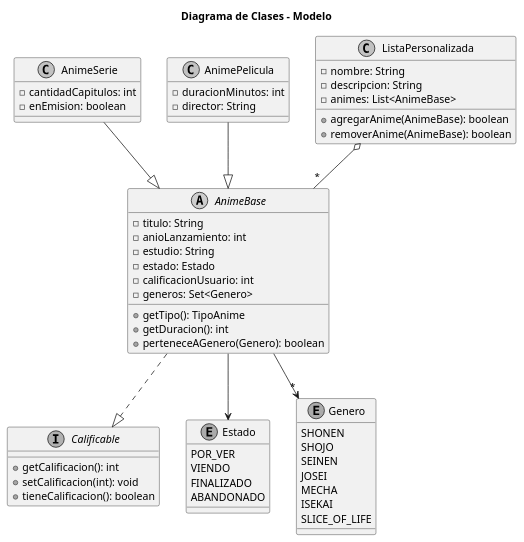
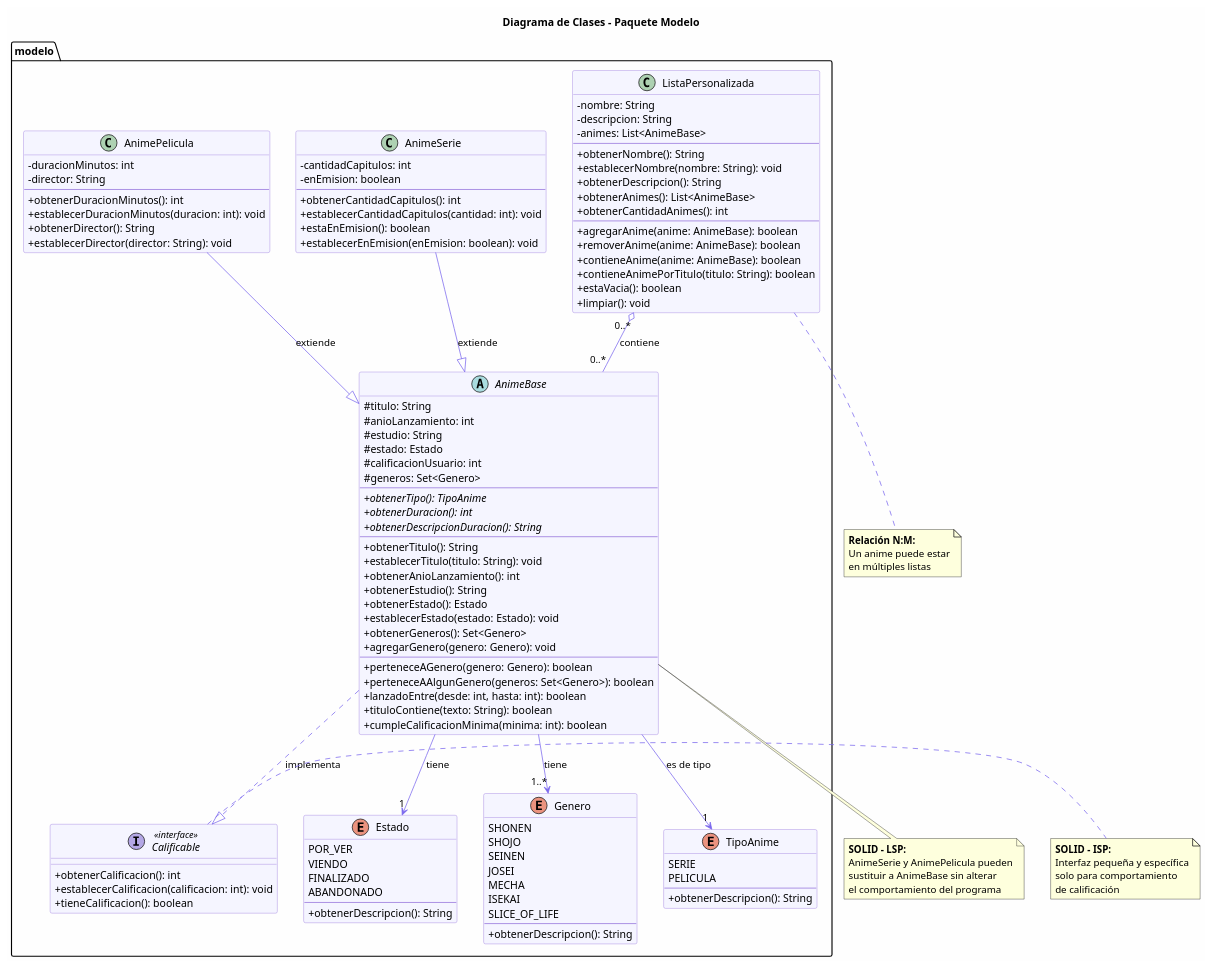
Before and after one commit to tobiascriscuolo/clasificadorAnime: the diagram in docs/uml/03_clases_modelo.puml, drawn with PlantUML. The commit also changed 96 other files, not shown here.

First line of the commit message:
Refactoring completo a espaÃ±ol + iconos + selecciÃ³n mÃºltiple + diagramas UML

```diff
--- a/docs/uml/03_clases_modelo.puml
+++ b/docs/uml/03_clases_modelo.puml
@@ -1,64 +1,146 @@
 @startuml
-title Diagrama de Clases - Modelo
-skinparam monochrome true
-
-interface Calificable {
-  +getCalificacion(): int
-  +setCalificacion(int): void
-  +tieneCalificacion(): boolean
+title Diagrama de Clases - Paquete Modelo
+skinparam classAttributeIconSize 0
+skinparam backgroundColor #FEFEFE
+skinparam class {
+    BackgroundColor #F5F5FF
+    BorderColor #9370DB
+    ArrowColor #7B68EE
 }
 
-abstract class AnimeBase {
-  -titulo: String
-  -anioLanzamiento: int
-  -estudio: String
-  -estado: Estado
-  -calificacionUsuario: int
-  -generos: Set<Genero>
-  +getTipo(): TipoAnime
-  +getDuracion(): int
-  +perteneceAGenero(Genero): boolean
+package "modelo" {
+    
+    interface Calificable <<interface>> {
+        +obtenerCalificacion(): int
+        +establecerCalificacion(calificacion: int): void
+        +tieneCalificacion(): boolean
+    }
+    
+    enum Estado {
+        POR_VER
+        VIENDO
+        FINALIZADO
+        ABANDONADO
+        --
+        +obtenerDescripcion(): String
+    }
+    
+    enum Genero {
+        SHONEN
+        SHOJO
+        SEINEN
+        JOSEI
+        MECHA
+        ISEKAI
+        SLICE_OF_LIFE
+        --
+        +obtenerDescripcion(): String
+    }
+    
+    enum TipoAnime {
+        SERIE
+        PELICULA
+        --
+        +obtenerDescripcion(): String
+    }
+    
+    abstract class AnimeBase {
+        #titulo: String
+        #anioLanzamiento: int
+        #estudio: String
+        #estado: Estado
+        #calificacionUsuario: int
+        #generos: Set<Genero>
+        --
+        +{abstract} obtenerTipo(): TipoAnime
+        +{abstract} obtenerDuracion(): int
+        +{abstract} obtenerDescripcionDuracion(): String
+        --
+        +obtenerTitulo(): String
+        +establecerTitulo(titulo: String): void
+        +obtenerAnioLanzamiento(): int
+        +obtenerEstudio(): String
+        +obtenerEstado(): Estado
+        +establecerEstado(estado: Estado): void
+        +obtenerGeneros(): Set<Genero>
+        +agregarGenero(genero: Genero): void
+        --
+        +perteneceAGenero(genero: Genero): boolean
+        +perteneceAAlgunGenero(generos: Set<Genero>): boolean
+        +lanzadoEntre(desde: int, hasta: int): boolean
+        +tituloContiene(texto: String): boolean
+        +cumpleCalificacionMinima(minima: int): boolean
+    }
+    
+    class AnimeSerie {
+        -cantidadCapitulos: int
+        -enEmision: boolean
+        --
+        +obtenerCantidadCapitulos(): int
+        +establecerCantidadCapitulos(cantidad: int): void
+        +estaEnEmision(): boolean
+        +establecerEnEmision(enEmision: boolean): void
+    }
+    
+    class AnimePelicula {
+        -duracionMinutos: int
+        -director: String
+        --
+        +obtenerDuracionMinutos(): int
+        +establecerDuracionMinutos(duracion: int): void
+        +obtenerDirector(): String
+        +establecerDirector(director: String): void
+    }
+    
+    class ListaPersonalizada {
+        -nombre: String
+        -descripcion: String
+        -animes: List<AnimeBase>
+        --
+        +obtenerNombre(): String
+        +establecerNombre(nombre: String): void
+        +obtenerDescripcion(): String
+        +obtenerAnimes(): List<AnimeBase>
+        +obtenerCantidadAnimes(): int
+        --
+        +agregarAnime(anime: AnimeBase): boolean
+        +removerAnime(anime: AnimeBase): boolean
+        +contieneAnime(anime: AnimeBase): boolean
+        +contieneAnimePorTitulo(titulo: String): boolean
+        +estaVacia(): boolean
+        +limpiar(): void
+    }
 }
 
-class AnimeSerie {
-  -cantidadCapitulos: int
-  -enEmision: boolean
-}
+' Relaciones
+AnimeBase ..|> Calificable : implementa
+AnimeSerie --|> AnimeBase : extiende
+AnimePelicula --|> AnimeBase : extiende
 
-class AnimePelicula {
-  -duracionMinutos: int
-  -director: String
-}
+AnimeBase --> "1" Estado : tiene
+AnimeBase --> "1..*" Genero : tiene
+AnimeBase --> "1" TipoAnime : es de tipo
 
-class ListaPersonalizada {
-  -nombre: String
-  -descripcion: String
-  -animes: List<AnimeBase>
-  +agregarAnime(AnimeBase): boolean
-  +removerAnime(AnimeBase): boolean
-}
+ListaPersonalizada "0..*" o-- "0..*" AnimeBase : contiene
 
-enum Estado {
-  POR_VER
-  VIENDO
-  FINALIZADO
-  ABANDONADO
-}
+note bottom of AnimeBase
+    <b>SOLID - LSP:</b>
+    AnimeSerie y AnimePelicula pueden
+    sustituir a AnimeBase sin alterar
+    el comportamiento del programa
+end note
 
-enum Genero {
-  SHONEN
-  SHOJO
-  SEINEN
-  JOSEI
-  MECHA
-  ISEKAI
-  SLICE_OF_LIFE
-}
+note right of Calificable
+    <b>SOLID - ISP:</b>
+    Interfaz pequeña y específica
+    solo para comportamiento
+    de calificación
+end note
 
-AnimeBase ..|> Calificable
-AnimeSerie --|> AnimeBase
-AnimePelicula --|> AnimeBase
-AnimeBase --> Estado
-AnimeBase --> "*" Genero
-ListaPersonalizada o-- "*" AnimeBase
+note bottom of ListaPersonalizada
+    <b>Relación N:M:</b>
+    Un anime puede estar
+    en múltiples listas
+end note
+
 @enduml
```
